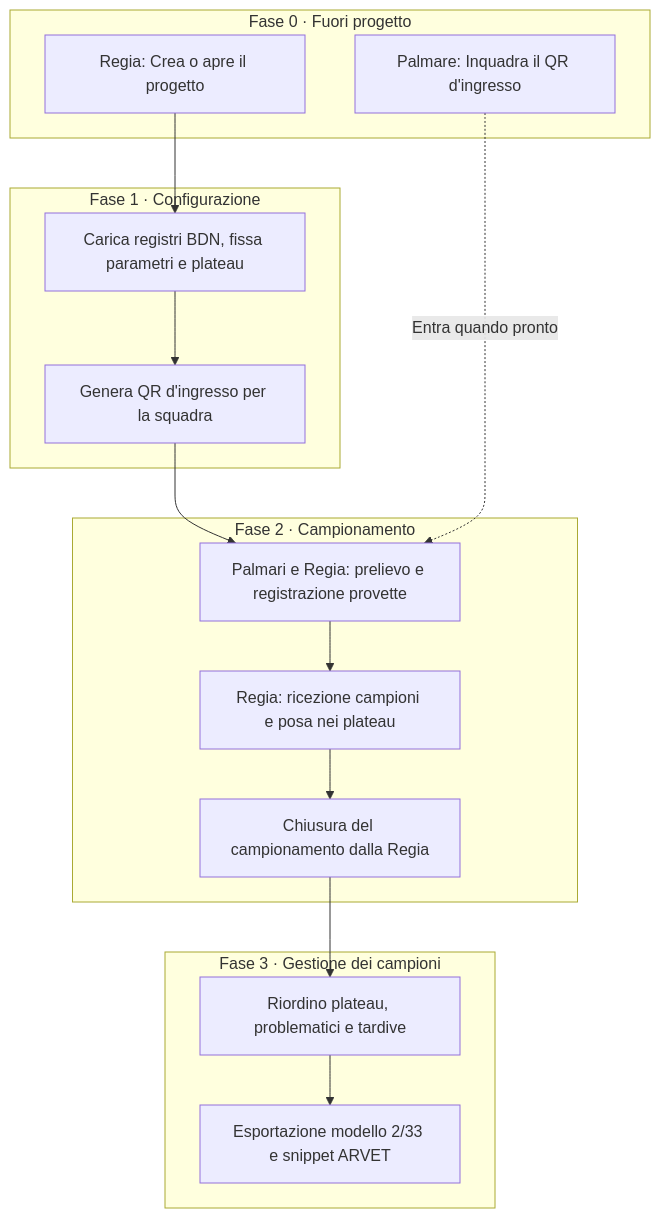
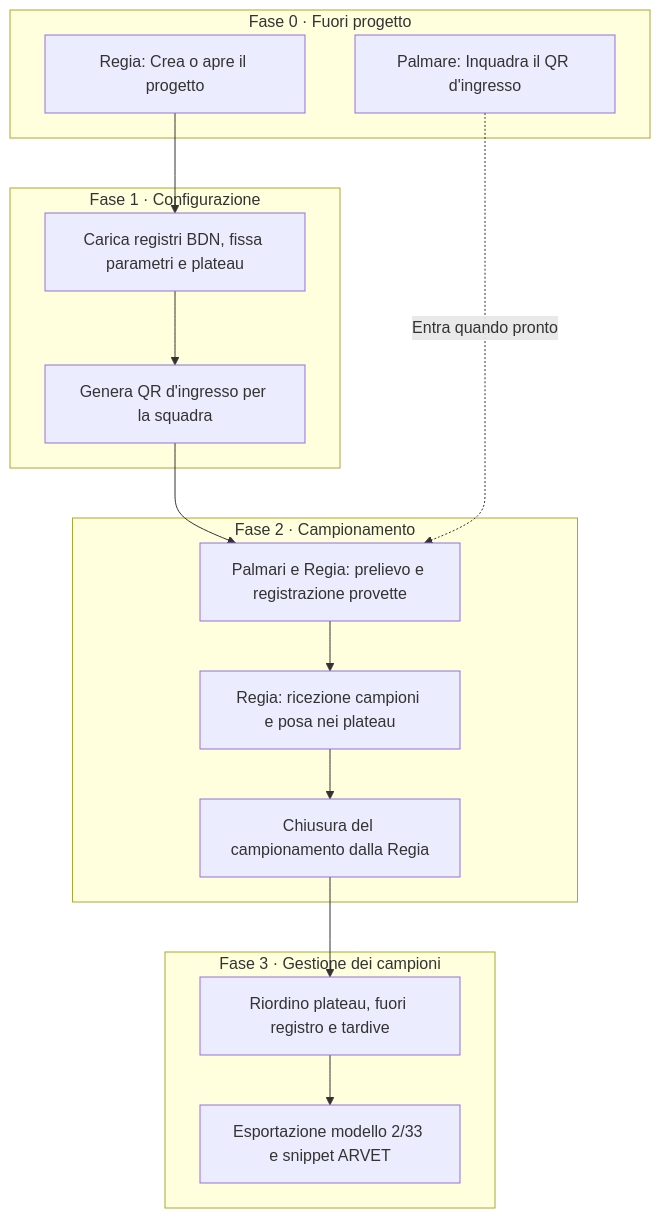
Before and after one commit to uvesco/fejalog-sito: the diagram in docs/inizia-qui/fasi-e-ruoli.md, drawn with Mermaid. The commit also changed other lines of this file and 63 other files, not shown here.

````diff
--- a/docs/inizia-qui/fasi-e-ruoli.md
+++ b/docs/inizia-qui/fasi-e-ruoli.md
@@ -34,32 +34,32 @@
 ```mermaid
 flowchart TD
     subgraph F0 ["Fase 0 · Fuori progetto"]
         F0_A["Regia: Crea o apre il progetto"]
         F0_B["Palmare: Inquadra il QR d'ingresso"]
     end
 
     subgraph F1 ["Fase 1 · Configurazione"]
         F1_A["Carica registri BDN, fissa parametri e plateau"]
         F1_B["Genera QR d'ingresso per la squadra"]
     end
 
     subgraph F2 ["Fase 2 · Campionamento"]
         F2_A["Palmari e Regia: prelievo e registrazione provette"]
         F2_B["Regia: ricezione campioni e posa nei plateau"]
         F2_C["Chiusura del campionamento dalla Regia"]
     end
 
     subgraph F3 ["Fase 3 · Gestione dei campioni"]
-        F3_A["Riordino plateau, problematici e tardive"]
+        F3_A["Riordino plateau, fuori registro e tardive"]
         F3_B["Esportazione modello 2/33 e snippet ARVET"]
     end
 
     F0_A --> F1_A
     F1_A --> F1_B
     F1_B --> F2_A
     F0_B -. Entra quando pronto .-> F2_A
     F2_A --> F2_B
     F2_B --> F2_C
     F2_C --> F3_A
     F3_A --> F3_B
 ```
````
